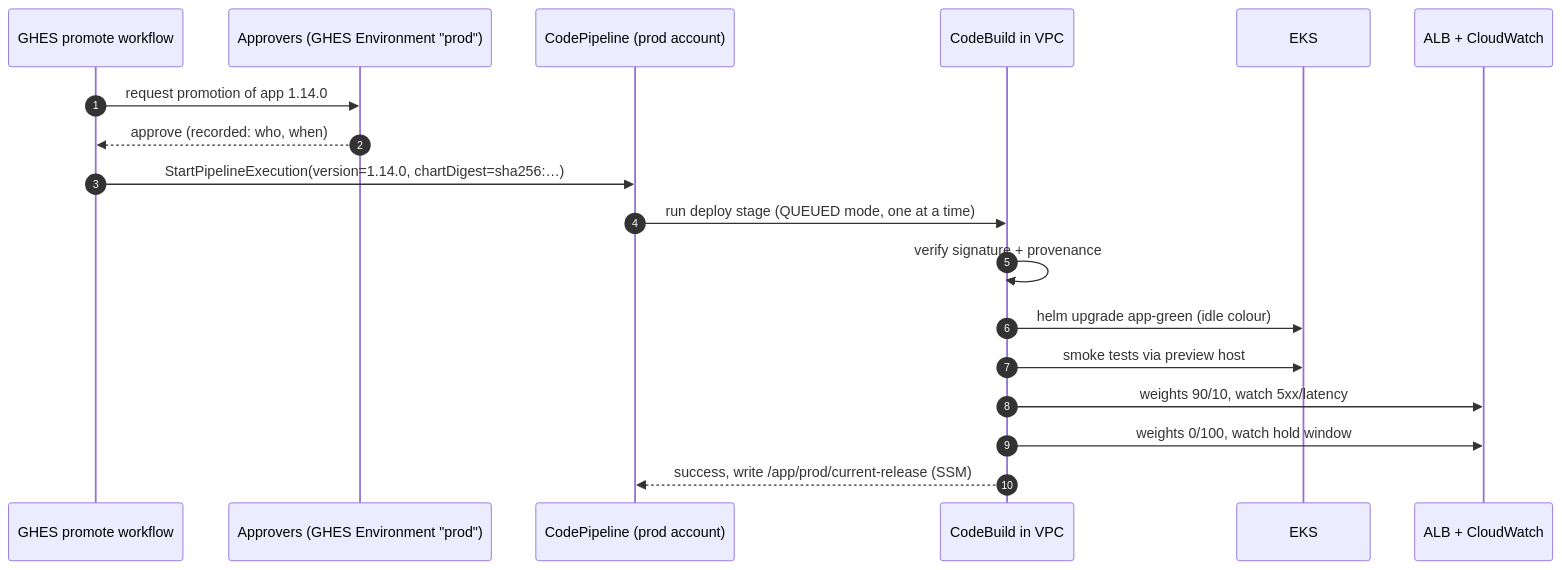
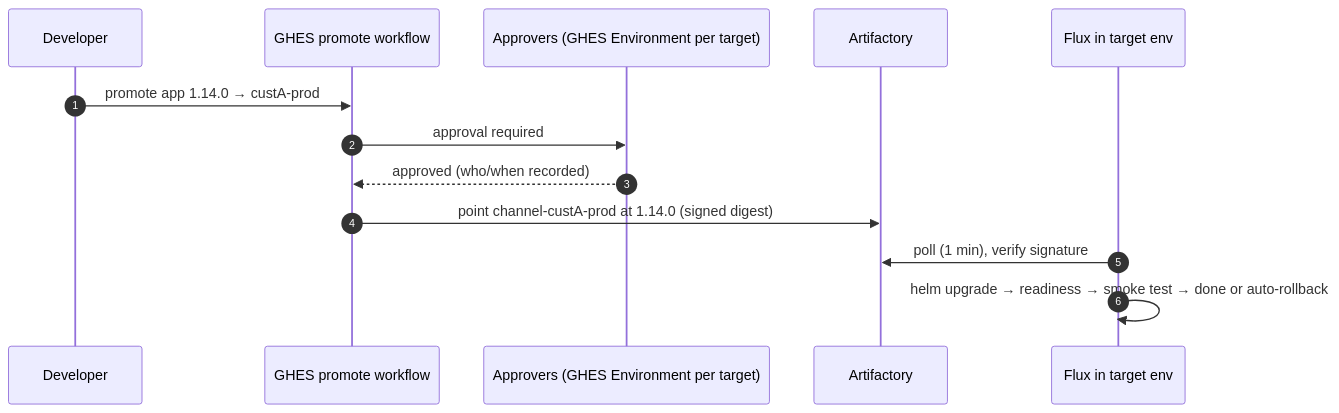
One commit to sholtomaud/GHES-EKS-zero-downtime-deployments changed the second of 2 diagrams in PROPOSAL.md. Above: the diagram before and after it, drawn with Mermaid. The commit also changed other lines of this file and 3 other files, not shown here.

````diff
--- a/PROPOSAL.md
+++ b/PROPOSAL.md
@@ -113,20 +162,15 @@
 ```mermaid
 sequenceDiagram
   autonumber
+  participant D as Developer
   participant G as GHES promote workflow
-  participant A as Approvers (GHES Environment "prod")
-  participant P as CodePipeline (prod account)
-  participant B as CodeBuild in VPC
-  participant K as EKS
-  participant L as ALB + CloudWatch
-  G->>A: request promotion of app 1.14.0
-  A-->>G: approve (recorded: who, when)
-  G->>P: StartPipelineExecution(version=1.14.0, chartDigest=sha256:…)
-  P->>B: run deploy stage (QUEUED mode, one at a time)
-  B->>B: verify signature + provenance
-  B->>K: helm upgrade app-green (idle colour)
-  B->>K: smoke tests via preview host
-  B->>L: weights 90/10, watch 5xx/latency
-  B->>L: weights 0/100, watch hold window
-  B-->>P: success, write /app/prod/current-release (SSM)
+  participant R as Approvers (GHES Environment per target)
+  participant A as Artifactory
+  participant F as Flux in target env
+  D->>G: promote app 1.14.0 → custA-prod
+  G->>R: approval required
+  R-->>G: approved (who/when recorded)
+  G->>A: point channel-custA-prod at 1.14.0 (signed digest)
+  F->>A: poll (1 min), verify signature
+  F->>F: helm upgrade → readiness → smoke test → done or auto-rollback
 ```
````
